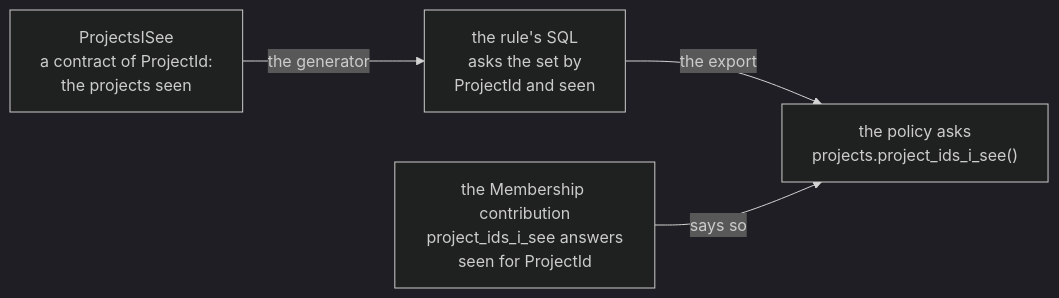
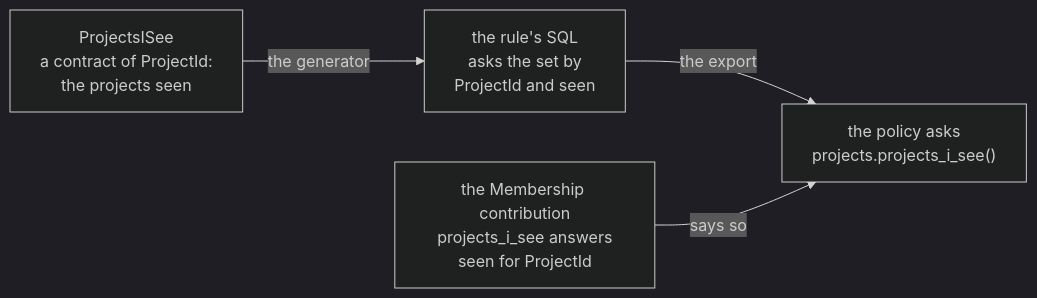
Before and after one commit to DylanSnel/DDDToolkit: the ninth of 14 diagrams in docs/row-level-security.md, drawn with Mermaid (dark theme). The commit also changed other lines of this file and 263 other files, not shown here.

````diff
--- a/docs/row-level-security.md
+++ b/docs/row-level-security.md
@@ -1424,6 +1424,6 @@
 ```mermaid
 flowchart LR
     Contract["ProjectsISee<br/>a contract of ProjectId:<br/>the projects seen"] -->|"the generator"| Rule["the rule's SQL<br/>asks the set by<br/>ProjectId and seen"]
-    Rule -->|"the export"| Policy["the policy asks<br/>projects.project_ids_i_see()"]
-    Answer["the Membership contribution<br/>project_ids_i_see answers<br/>seen for ProjectId"] -->|"says so"| Policy
+    Rule -->|"the export"| Policy["the policy asks<br/>projects.projects_i_see()"]
+    Answer["the Membership contribution<br/>projects_i_see answers<br/>seen for ProjectId"] -->|"says so"| Policy
 ```
````
